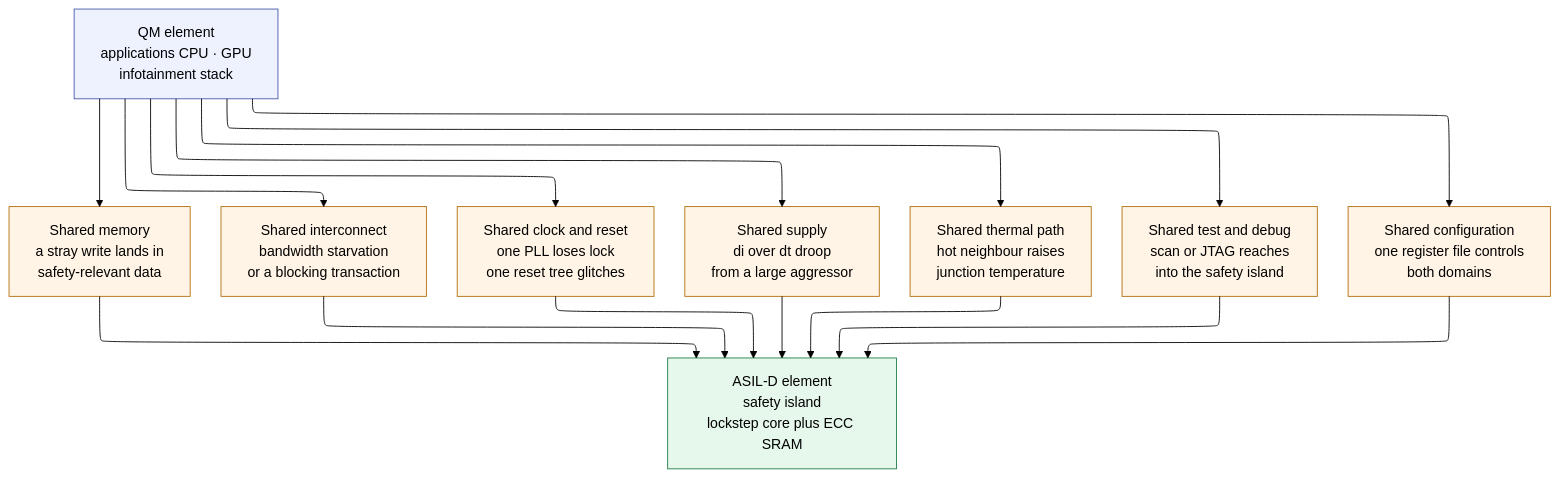
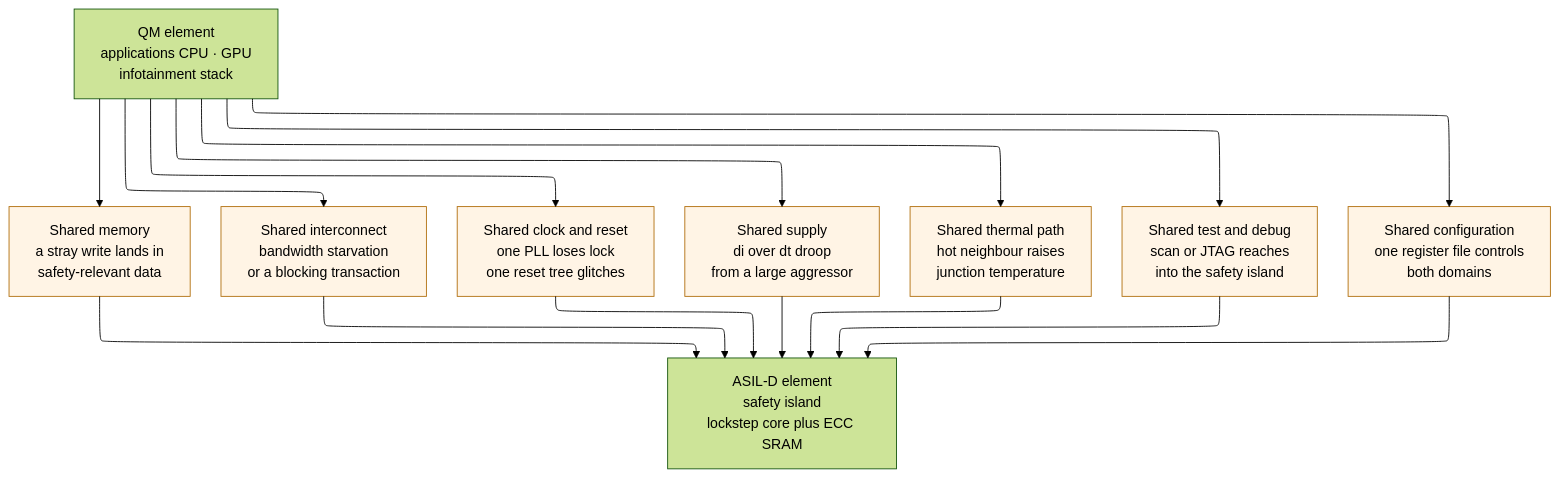
One commit to Wty2003328/silicon-design-notebook changed the third of 3 diagrams in 08_Cross_Cutting_Engineering/02_Functional_Safety_and_Reliability_Engineering.md. Above: the diagram before and after it, drawn with Mermaid (forest theme). The commit also changed other lines of this file and 125 other files, not shown here.

First line of the commit message:
Complete the AMBA family, refresh the learning path, and make every figure and formula actually render

````diff
--- a/08_Cross_Cutting_Engineering/02_Functional_Safety_and_Reliability_Engineering.md
+++ b/08_Cross_Cutting_Engineering/02_Functional_Safety_and_Reliability_Engineering.md
@@ -764,26 +759,24 @@
 ```mermaid
 %%{init: {"flowchart": {"defaultRenderer": "elk", "nodeSpacing": 50, "rankSpacing": 55, "htmlLabels": false}}}%%
 flowchart TD
-    QM["QM element<br/>applications CPU · GPU<br/>infotainment stack"]:::qm
-    SR["ASIL-D element<br/>safety island<br/>lockstep core plus ECC SRAM"]:::sr
+    QM["QM element<br/>applications CPU · GPU<br/>infotainment stack"]
+    SR["ASIL-D element<br/>safety island<br/>lockstep core plus ECC SRAM"]
 
     C1["Shared memory<br/>a stray write lands in<br/>safety-relevant data"]:::ch
     C2["Shared interconnect<br/>bandwidth starvation<br/>or a blocking transaction"]:::ch
     C3["Shared clock and reset<br/>one PLL loses lock<br/>one reset tree glitches"]:::ch
     C4["Shared supply<br/>di over dt droop<br/>from a large aggressor"]:::ch
     C5["Shared thermal path<br/>hot neighbour raises<br/>junction temperature"]:::ch
     C6["Shared test and debug<br/>scan or JTAG reaches<br/>into the safety island"]:::ch
     C7["Shared configuration<br/>one register file controls<br/>both domains"]:::ch
 
     QM --> C1 --> SR
     QM --> C2 --> SR
     QM --> C3 --> SR
     QM --> C4 --> SR
     QM --> C5 --> SR
     QM --> C6 --> SR
     QM --> C7 --> SR
 
-    classDef qm fill:#eef2ff,stroke:#4557a8
-    classDef sr fill:#e6f7ec,stroke:#1f7a45
     classDef ch fill:#fff4e5,stroke:#b06d0a
 ```
````
